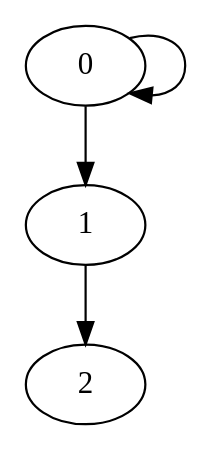
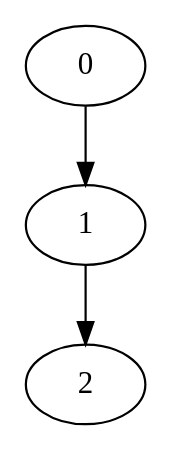
One commit to sleeepyskies/saarvive-selab23 changed the diagram in src/systemtest/resources/mapFiles/validMapSmall.dot. Above: the diagram before and after it, drawn with Graphviz. The commit also changed 3 other files, not shown here.

```diff
--- a/src/systemtest/resources/mapFiles/validMapSmall.dot
+++ b/src/systemtest/resources/mapFiles/validMapSmall.dot
@@ -1,10 +1,8 @@
 digraph G {
 	0;
 	1;
 	2;
 
 	0 -> 1 [village=Bikini_Bottom; name=Krusty_Krab_Street; heightLimit=3; weight=10; primaryType=sideStreet; secondaryType=none;];
 	1 -> 2 [village=Bikini_Bottom; name=Not_Krusty_Krab_Street; heightLimit=5; weight=10; primaryType=mainStreet; secondaryType=none;];
-
-	0 -> 0 [village=Bikini_Bottom; name=Rose_Street; heightLimit=3; weight=10; primaryType=countyRoad; secondaryType=none;];
 }
```
